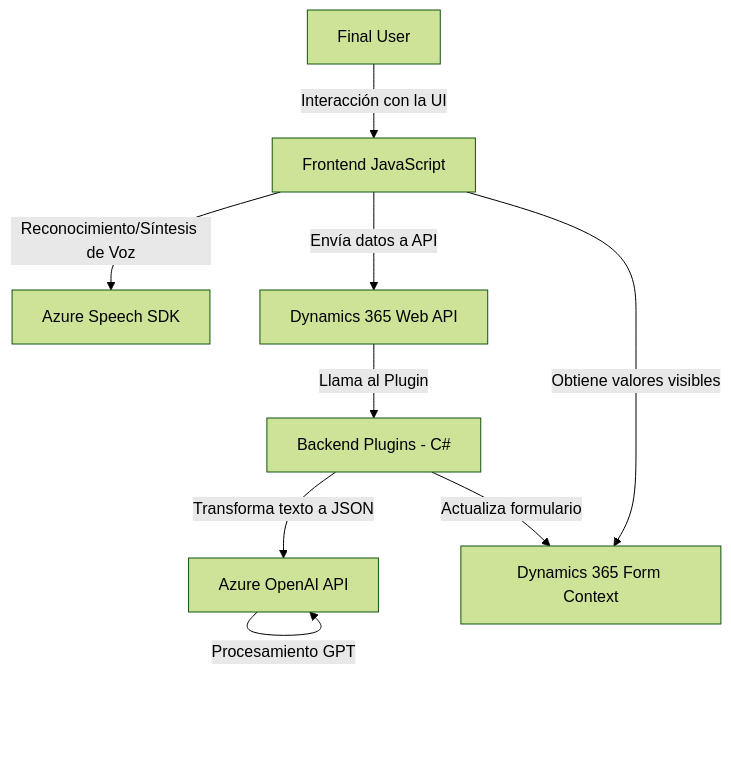
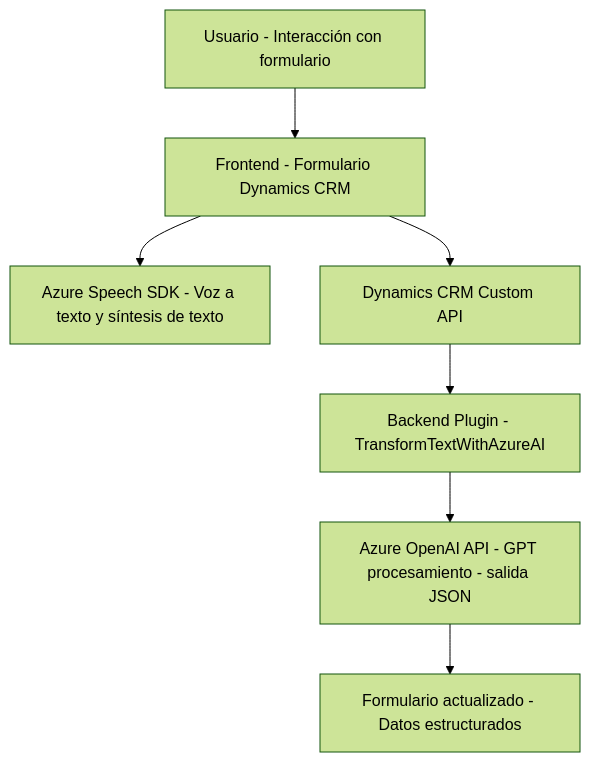
One commit to blopezdm/NETCORE_BILBAO2025 changed the diagram in README.md. Above: the diagram before and after it, drawn with Mermaid (forest theme). The commit also changed other lines of this file, not shown here.

Commit message:
Actualizar análisis global de la solución con IA

````diff
--- a/README.md
+++ b/README.md
@@ -34,19 +37,17 @@
 ```mermaid
 graph TD
-A["Frontend JavaScript"]
-B["Backend Plugins - C#"]
-C["Azure Speech SDK"]
-D["Azure OpenAI API"]
-E["Dynamics 365 Form Context"]
-F["Dynamics 365 Web API"]
-G["Final User"]
+    A["Usuario - Interacción con formulario"]
+    B["Frontend - Formulario Dynamics CRM"]
+    C["Azure Speech SDK - Voz a texto y síntesis de texto"]
+    D["Dynamics CRM Custom API"]
+    E["Backend Plugin - TransformTextWithAzureAI"]
+    F["Azure OpenAI API - GPT procesamiento - salida JSON"]
+    G["Formulario actualizado - Datos estructurados"]
 
-G -->|Interacción con la UI| A
-A -->|Obtiene valores visibles| E
-A -->|Reconocimiento/Síntesis de Voz| C
-A -->|Envía datos a API| F
-F -->|Llama al Plugin| B
-B -->|Transforma texto a JSON| D
-D -->|Procesamiento GPT| D
-B -->|Actualiza formulario| E
+    A --> B
+    B --> C
+    B --> D
+    D --> E
+    E --> F
+    F --> G
 ```
````
